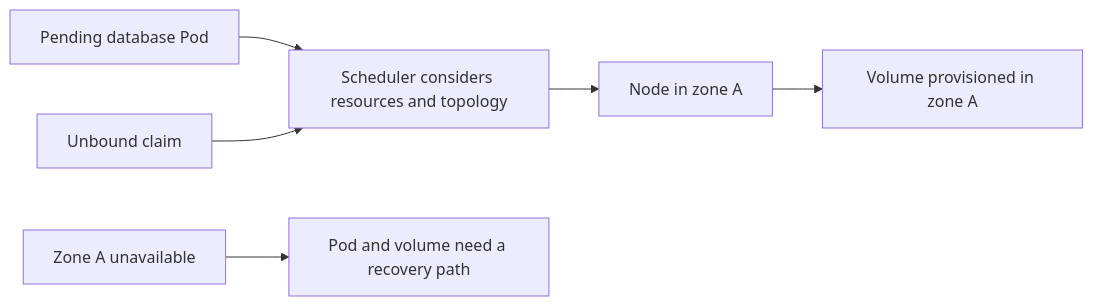
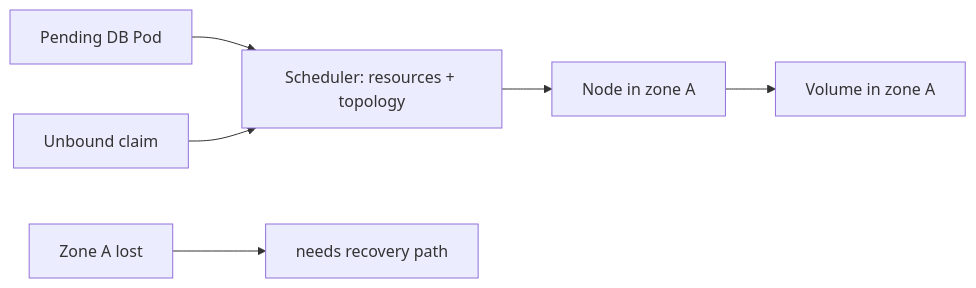
Before and after one commit to darshan-raul/apollo11-docs: the diagram in docs/learn/cloud/topology-scaling-and-upgrades.md, drawn with Mermaid. The commit also changed other lines of this file and 55 other files, not shown here.

````diff
--- a/docs/learn/cloud/topology-scaling-and-upgrades.md
+++ b/docs/learn/cloud/topology-scaling-and-upgrades.md
@@ -26,8 +18,6 @@
 ```mermaid
 flowchart LR
-  Pod[Pending database Pod] --> Scheduler[Scheduler considers resources and topology]
-  Claim[Unbound claim] --> Scheduler
-  Scheduler --> NodeA[Node in zone A]
-  NodeA --> DiskA[Volume provisioned in zone A]
-  Lost[Zone A unavailable] --> Limit[Pod and volume need a recovery path]
+  P[Pending DB Pod] --> S[Scheduler: resources + topology]
+  C[Unbound claim] --> S --> A[Node in zone A] --> D[Volume in zone A]
+  Z[Zone A lost] --> L[needs recovery path]
 ```
````
